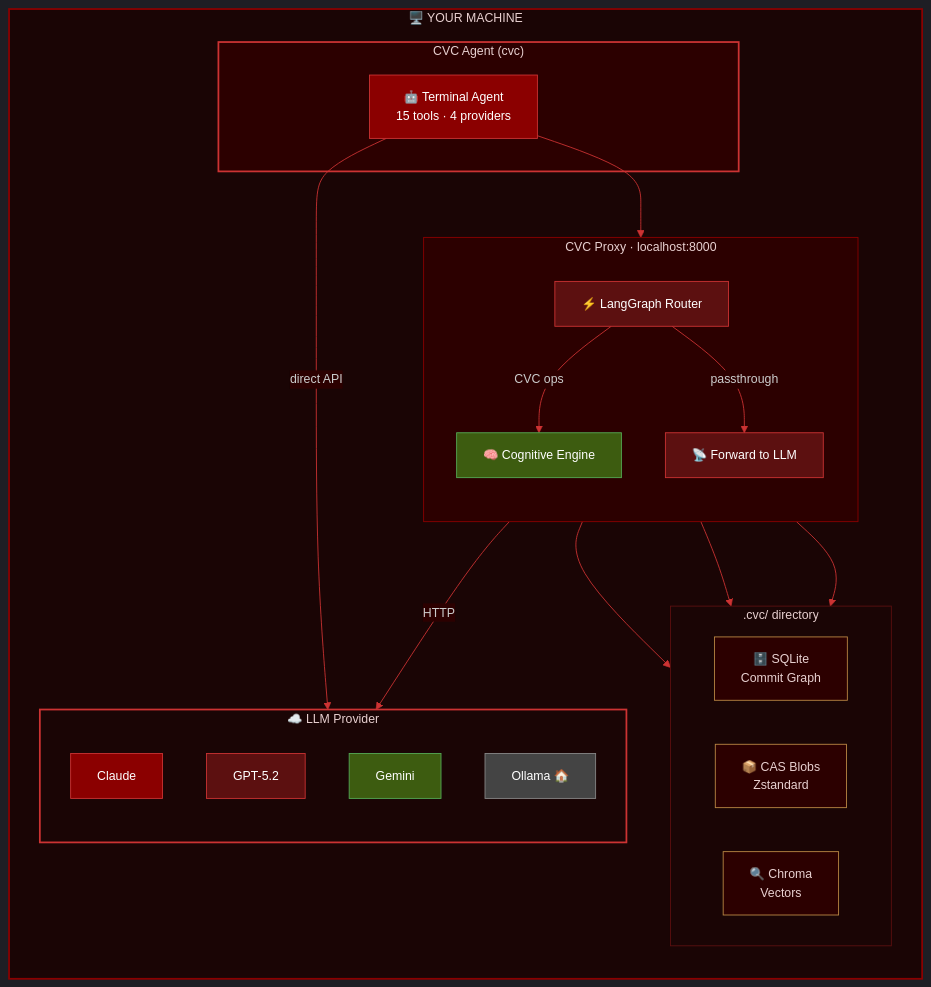
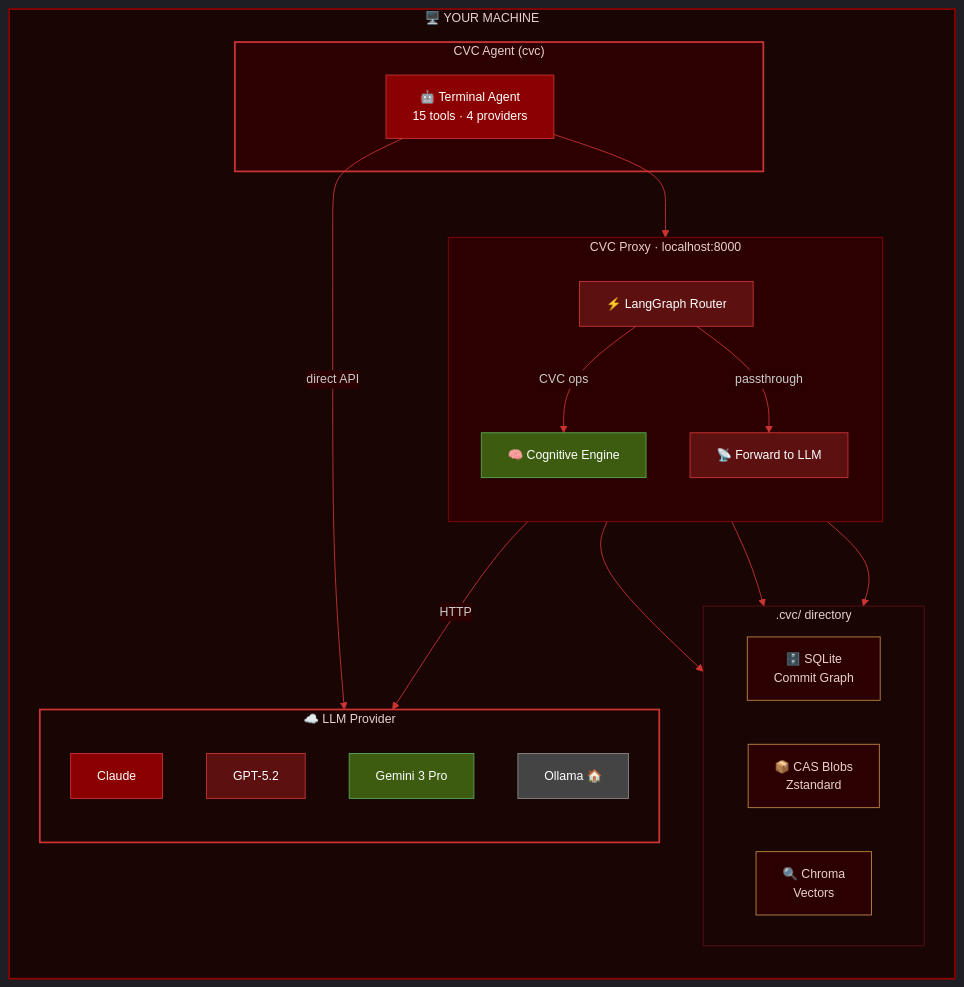
The diagram in README.md (mannuking/AI-Cognitive-Version-Control), drawn with Mermaid before and after one commit. The commit also changed other lines of this file and 4 other files, not shown here.

````diff
--- a/README.md
+++ b/README.md
@@ -319,56 +319,56 @@
 ```mermaid
 %%{init: {'theme': 'dark', 'themeVariables': { 'fontSize': '14px', 'primaryColor': '#2C0000', 'primaryTextColor': '#E8D0D0', 'primaryBorderColor': '#8B0000', 'lineColor': '#CC3333', 'secondaryColor': '#5C1010', 'tertiaryColor': '#3D0000', 'edgeLabelBackground': '#2C0000'}}}%%
 
 flowchart LR
     subgraph LOCAL["🖥️  YOUR MACHINE"]
         direction TB
 
         subgraph AGENT_MODE["  CVC Agent (cvc)  "]
             AG["🤖 Terminal Agent\n15 tools · 4 providers"]
         end
 
         subgraph PROXY_MODE["  CVC Proxy · localhost:8000  "]
             direction TB
             R["⚡ LangGraph Router"]
             R -->|CVC ops| E["🧠 Cognitive Engine"]
             R -->|passthrough| FWD["📡 Forward to LLM"]
         end
 
         subgraph STORAGE["  .cvc/ directory  "]
             direction LR
             S1["🗄️ SQLite\nCommit Graph"]
             S2["📦 CAS Blobs\nZstandard"]
             S3["🔍 Chroma\nVectors"]
         end
 
         AG -- "direct API" --> CLOUD
         AG --> E
         R -- "HTTP" --> CLOUD
         E --> S1 & S2 & S3
     end
 
     subgraph CLOUD["  ☁️ LLM Provider  "]
         direction TB
         C1["Claude"]
         C2["GPT-5.2"]
-        C3["Gemini"]
+        C3["Gemini 3 Pro"]
         C4["Ollama 🏠"]
     end
 
     style LOCAL fill:#1a0505,stroke:#8B0000,stroke-width:2px,color:#E8D0D0
     style AGENT_MODE fill:#2C0000,stroke:#CC3333,stroke-width:2px,color:#E8D0D0
     style PROXY_MODE fill:#2C0000,stroke:#8B0000,stroke-width:1px,color:#E8D0D0
     style STORAGE fill:#1a0505,stroke:#5C1010,stroke-width:1px,color:#E8D0D0
     style CLOUD fill:#1a0505,stroke:#CC3333,stroke-width:2px,color:#E8D0D0
     style AG fill:#8B0000,stroke:#CC3333,color:#ffffff
     style R fill:#5C1010,stroke:#CC3333,color:#ffffff
     style E fill:#3D5C10,stroke:#55AA55,color:#ffffff
     style FWD fill:#5C1010,stroke:#CC3333,color:#ffffff
     style S1 fill:#2C0000,stroke:#BB8844,color:#E8D0D0
     style S2 fill:#2C0000,stroke:#BB8844,color:#E8D0D0
     style S3 fill:#2C0000,stroke:#BB8844,color:#E8D0D0
     style C1 fill:#8B0000,stroke:#CC3333,color:#ffffff
     style C2 fill:#5C1010,stroke:#CC3333,color:#ffffff
     style C3 fill:#3D5C10,stroke:#55AA55,color:#ffffff
     style C4 fill:#444444,stroke:#888888,color:#ffffff
 ```
````
